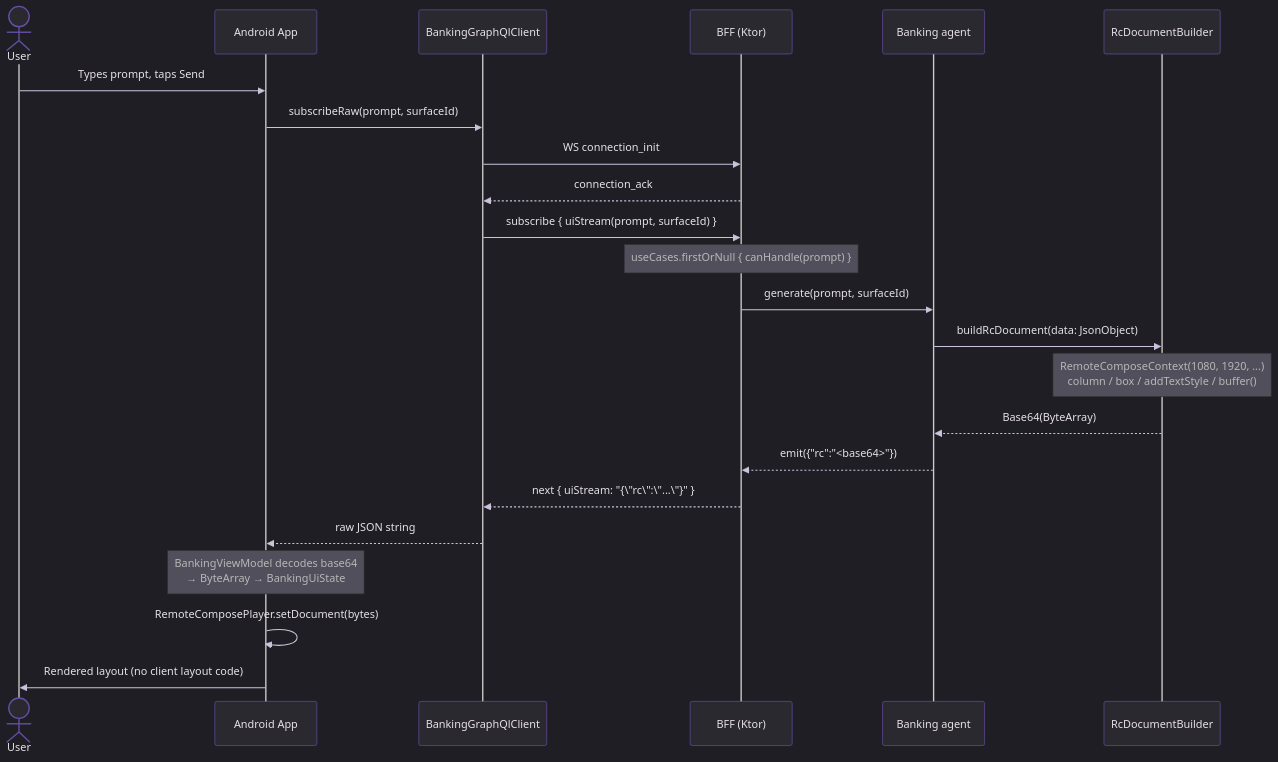
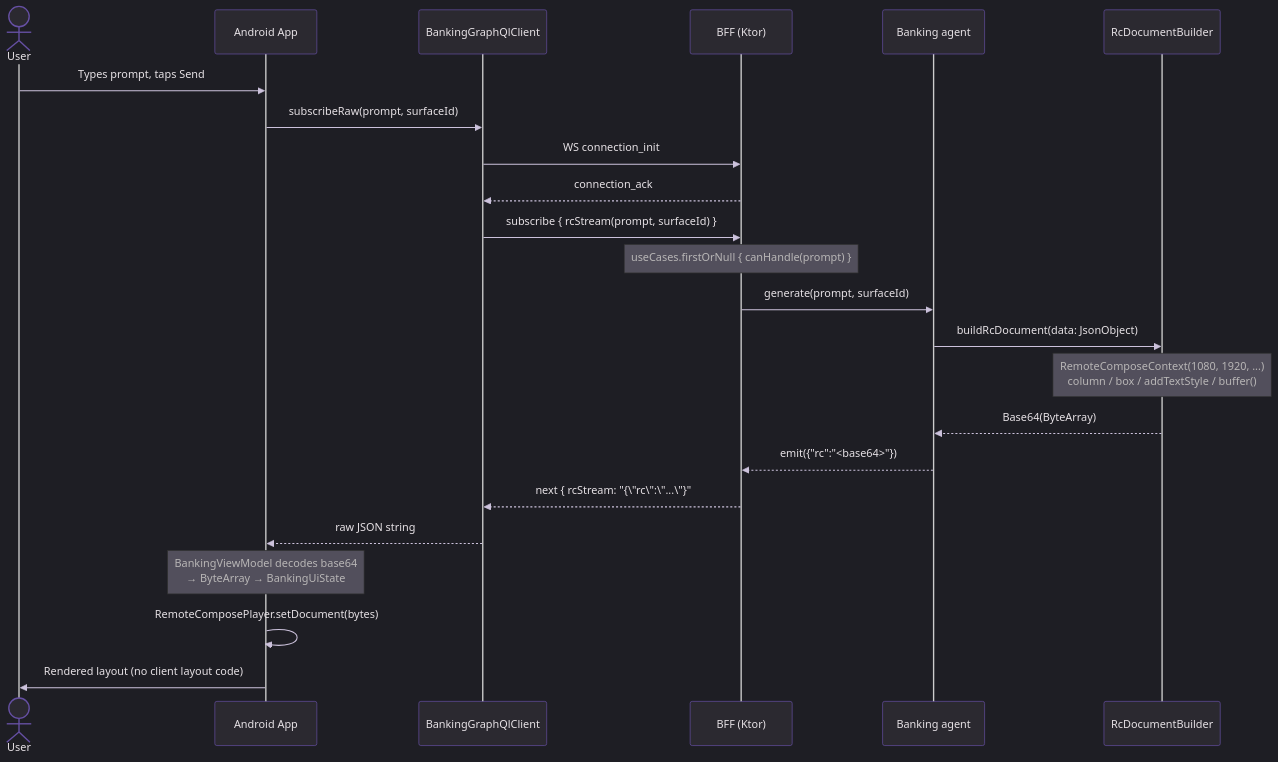
One commit to dgurnick/a2ui-exploration changed the diagram in README.md. Above: the diagram before and after it, drawn with Mermaid. The commit also changed other lines of this file, not shown here.

````diff
--- a/README.md
+++ b/README.md
@@ -56,31 +47,31 @@
 ```mermaid
 %%{init: {'theme': 'dark', 'themeVariables': {'primaryColor': '#6650A4', 'primaryTextColor': '#E6E1E5', 'primaryBorderColor': '#CCC2DC', 'lineColor': '#CCC2DC', 'secondaryColor': '#1C1B1F', 'tertiaryColor': '#2B2930', 'background': '#1C1B1F', 'mainBkg': '#2B2930', 'nodeBorder': '#625B71', 'clusterBkg': '#2B2930', 'titleColor': '#E6E1E5', 'edgeLabelBackground': '#2B2930', 'actorBkg': '#2B2930', 'actorBorder': '#6650A4', 'actorTextColor': '#E6E1E5', 'activationBkgColor': '#6650A4', 'activationBorderColor': '#CCC2DC', 'signalColor': '#CCC2DC', 'signalTextColor': '#E6E1E5'}}}%%
 sequenceDiagram
     actor User
     participant App    as Android App
     participant GQL    as BankingGraphQlClient
     participant BFF    as BFF (Ktor)
     participant Agent  as Banking agent
     participant RC     as RcDocumentBuilder
 
     User->>App: Types prompt, taps Send
     App->>GQL: subscribeRaw(prompt, surfaceId)
     GQL->>BFF: WS connection_init
     BFF-->>GQL: connection_ack
-    GQL->>BFF: subscribe { uiStream(prompt, surfaceId) }
+    GQL->>BFF: subscribe { rcStream(prompt, surfaceId) }
 
     Note over BFF: useCases.firstOrNull { canHandle(prompt) }
     BFF->>Agent: generate(prompt, surfaceId)
     Agent->>RC: buildRcDocument(data: JsonObject)
 
     Note over RC: RemoteComposeContext(1080, 1920, ...)<br/>column / box / addTextStyle / buffer()
     RC-->>Agent: Base64(ByteArray)
 
     Agent-->>BFF: emit({"rc":"<base64>"})
-    BFF-->>GQL: next { uiStream: "{\"rc\":\"...\"}" }
+    BFF-->>GQL: next { rcStream: "{\"rc\":\"...\"}"
     GQL-->>App: raw JSON string
 
     Note over App: BankingViewModel decodes base64<br/>→ ByteArray → BankingUiState
     App->>App: RemoteComposePlayer.setDocument(bytes)
     App->>User: Rendered layout (no client layout code)
 ```
````
